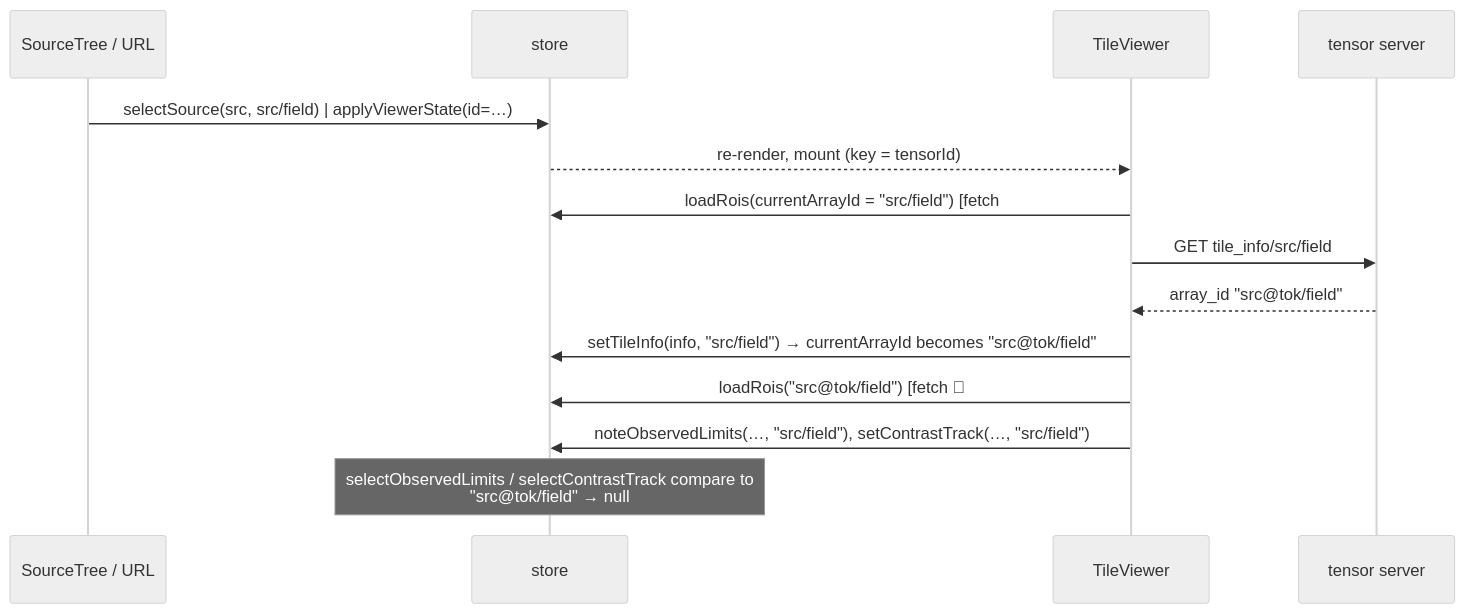
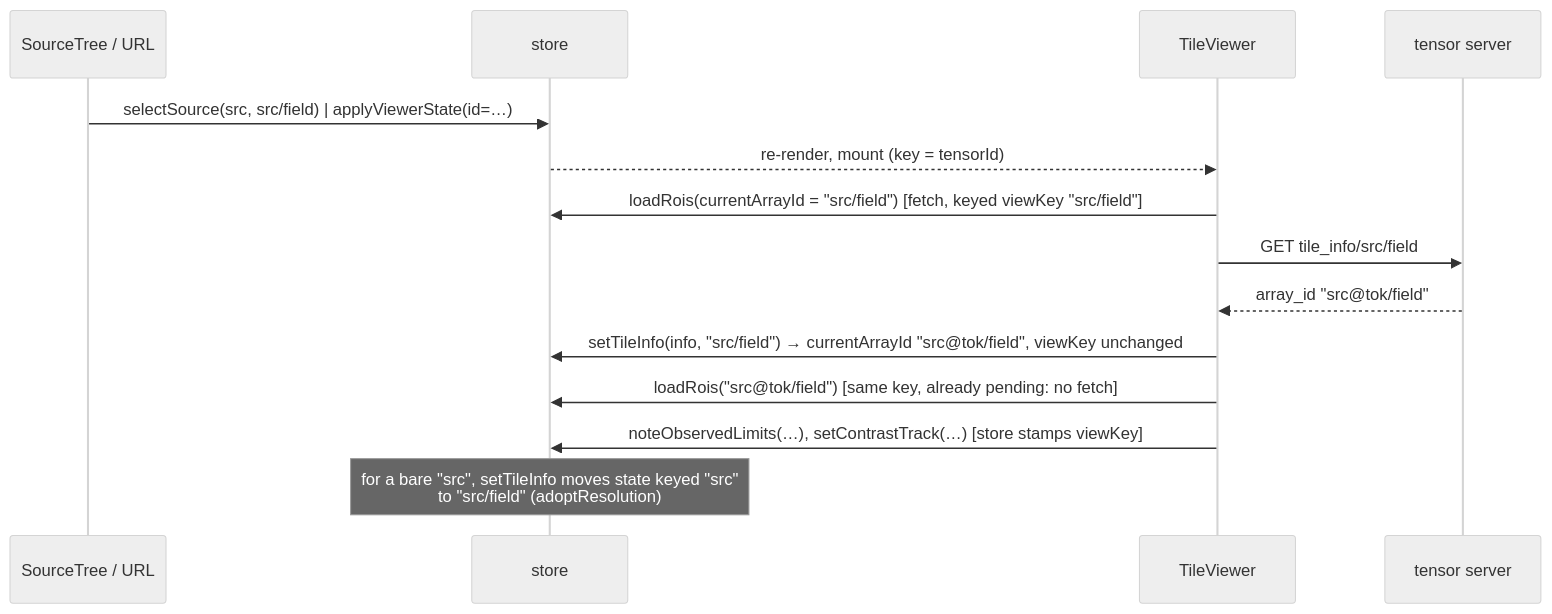
One commit to biopb/biopb changed the diagram in web/docs/viewer-architecture.md. Above: the diagram before and after it, drawn with Mermaid (neutral theme). The commit also changed other lines of this file and 1 other file, not shown here.

````diff
--- a/web/docs/viewer-architecture.md
+++ b/web/docs/viewer-architecture.md
@@ -92,16 +93,16 @@
 ```mermaid
 sequenceDiagram
   participant T as SourceTree / URL
   participant S as store
   participant V as TileViewer
   participant H as tensor server
   T->>S: selectSource(src, src/field)  |  applyViewerState(id=…)
   S-->>V: re-render, mount (key = tensorId)
-  V->>S: loadRois(currentArrayId = "src/field")      [fetch #1]
+  V->>S: loadRois(currentArrayId = "src/field")      [fetch, keyed viewKey "src/field"]
   V->>H: GET tile_info/src/field
   H-->>V: array_id "src@tok/field"
-  V->>S: setTileInfo(info, "src/field")  → currentArrayId becomes "src@tok/field"
-  V->>S: loadRois("src@tok/field")                   [fetch #2; #1 discarded]
-  V->>S: noteObservedLimits(…, "src/field"), setContrastTrack(…, "src/field")
-  Note over S: selectObservedLimits / selectContrastTrack compare to<br/>"src@tok/field" → null
+  V->>S: setTileInfo(info, "src/field")  → currentArrayId "src@tok/field", viewKey unchanged
+  V->>S: loadRois("src@tok/field")                   [same key, already pending: no fetch]
+  V->>S: noteObservedLimits(…), setContrastTrack(…)  [store stamps viewKey]
+  Note over S: for a bare "src", setTileInfo moves state keyed "src"<br/>to "src/field" (adoptResolution)
 ```
````
